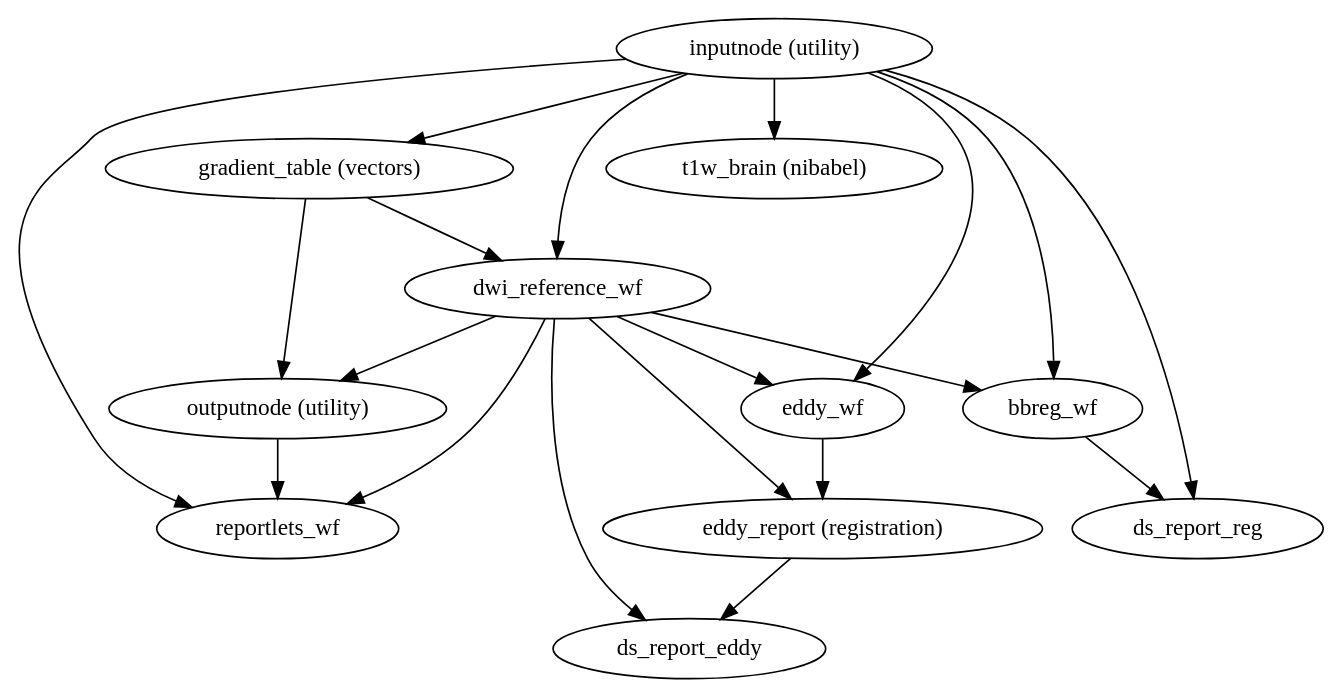
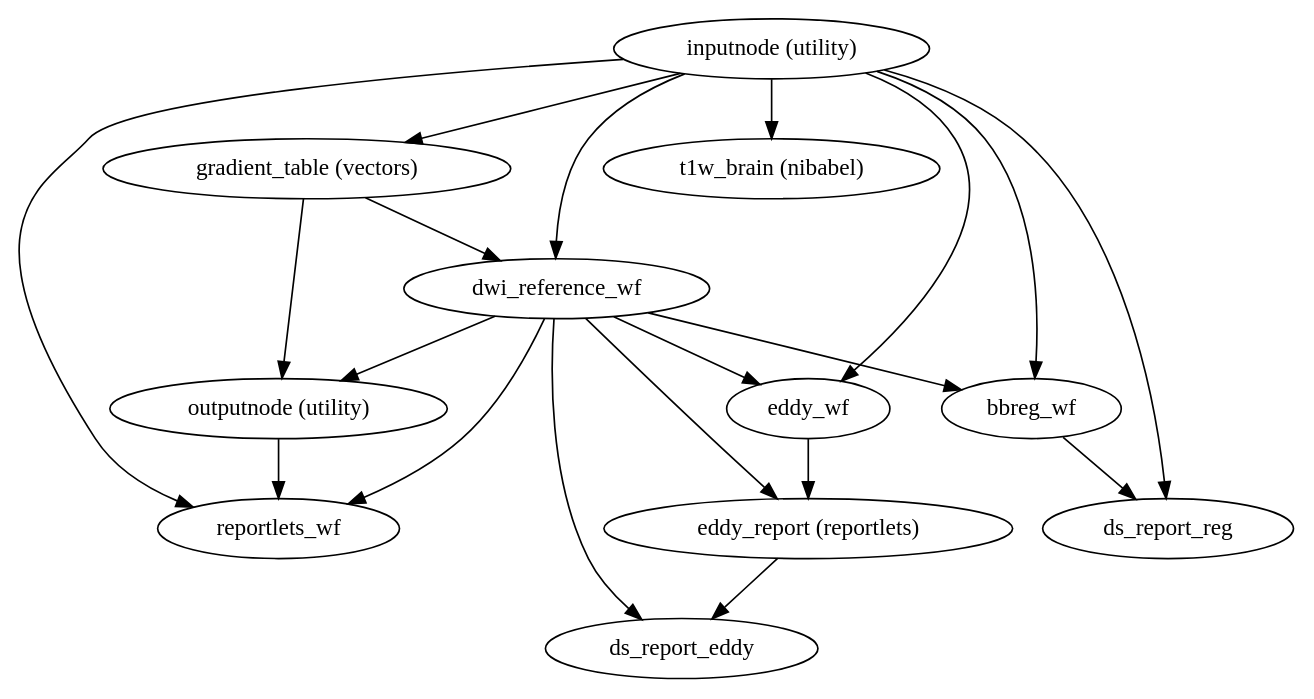
Before and after one commit to nipreps/dmriprep: the diagram in 0.2.2/wf_directive/api/dwi_preproc_wf/dmriprep-workflows-dwi-base-1.dot, drawn with Graphviz. The commit also changed 473 other files, not shown here.

```diff
--- a/0.2.2/wf_directive/api/dwi_preproc_wf/dmriprep-workflows-dwi-base-1.dot
+++ b/0.2.2/wf_directive/api/dwi_preproc_wf/dmriprep-workflows-dwi-base-1.dot
@@ -1,32 +1,32 @@
 strict digraph  {
 "inputnode (utility)";
 "gradient_table (vectors)";
 dwi_reference_wf;
 bbreg_wf;
 "t1w_brain (nibabel)";
 ds_report_reg;
 eddy_wf;
 reportlets_wf;
 "outputnode (utility)";
-"eddy_report (registration)";
+"eddy_report (reportlets)";
 ds_report_eddy;
 "inputnode (utility)" -> "gradient_table (vectors)";
 "inputnode (utility)" -> dwi_reference_wf;
 "inputnode (utility)" -> bbreg_wf;
 "inputnode (utility)" -> "t1w_brain (nibabel)";
 "inputnode (utility)" -> ds_report_reg;
 "inputnode (utility)" -> eddy_wf;
 "inputnode (utility)" -> reportlets_wf;
 "gradient_table (vectors)" -> dwi_reference_wf;
 "gradient_table (vectors)" -> "outputnode (utility)";
 dwi_reference_wf -> bbreg_wf;
 dwi_reference_wf -> eddy_wf;
-dwi_reference_wf -> "eddy_report (registration)";
+dwi_reference_wf -> "eddy_report (reportlets)";
 dwi_reference_wf -> ds_report_eddy;
 dwi_reference_wf -> reportlets_wf;
 dwi_reference_wf -> "outputnode (utility)";
 bbreg_wf -> ds_report_reg;
-eddy_wf -> "eddy_report (registration)";
+eddy_wf -> "eddy_report (reportlets)";
 "outputnode (utility)" -> reportlets_wf;
-"eddy_report (registration)" -> ds_report_eddy;
+"eddy_report (reportlets)" -> ds_report_eddy;
 }
```
